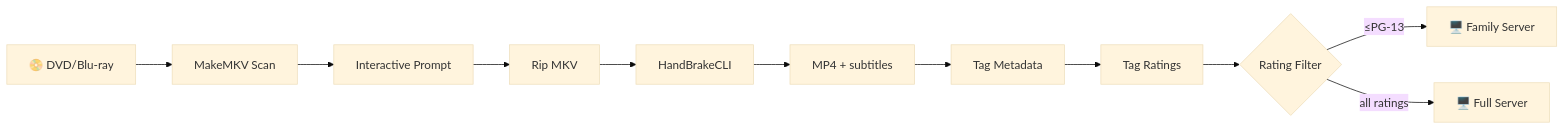
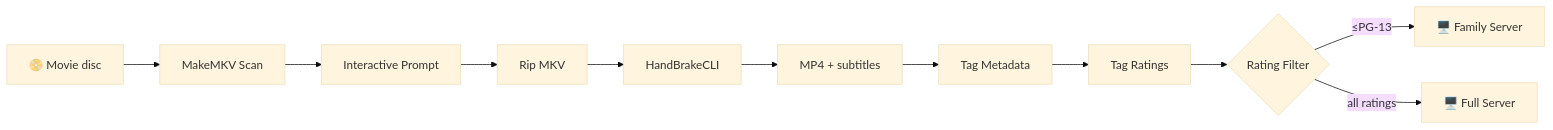
Before and after one commit to geniusworks/digital-archive-maker: the third of 5 diagrams in docs/workflow_overview.md, drawn with Mermaid (base theme). The commit also changed other lines of this file and 1 other file, not shown here.

````diff
--- a/docs/workflow_overview.md
+++ b/docs/workflow_overview.md
@@ -137,13 +137,13 @@
 ```mermaid
 flowchart LR
-    A[📀 DVD/Blu-ray] --> B[MakeMKV Scan]
+    A[📀 Movie disc] --> B[MakeMKV Scan]
     B --> C[Interactive Prompt]
     C --> D[Rip MKV]
     D --> E[HandBrakeCLI]
     E --> F[MP4 + subtitles]
     F --> G[Tag Metadata]
     G --> H[Tag Ratings]
     H --> I{Rating Filter}
     I -->|≤PG-13| J[🖥️ Family Server]
     I -->|all ratings| K[🖥️ Full Server]
 ```
````
